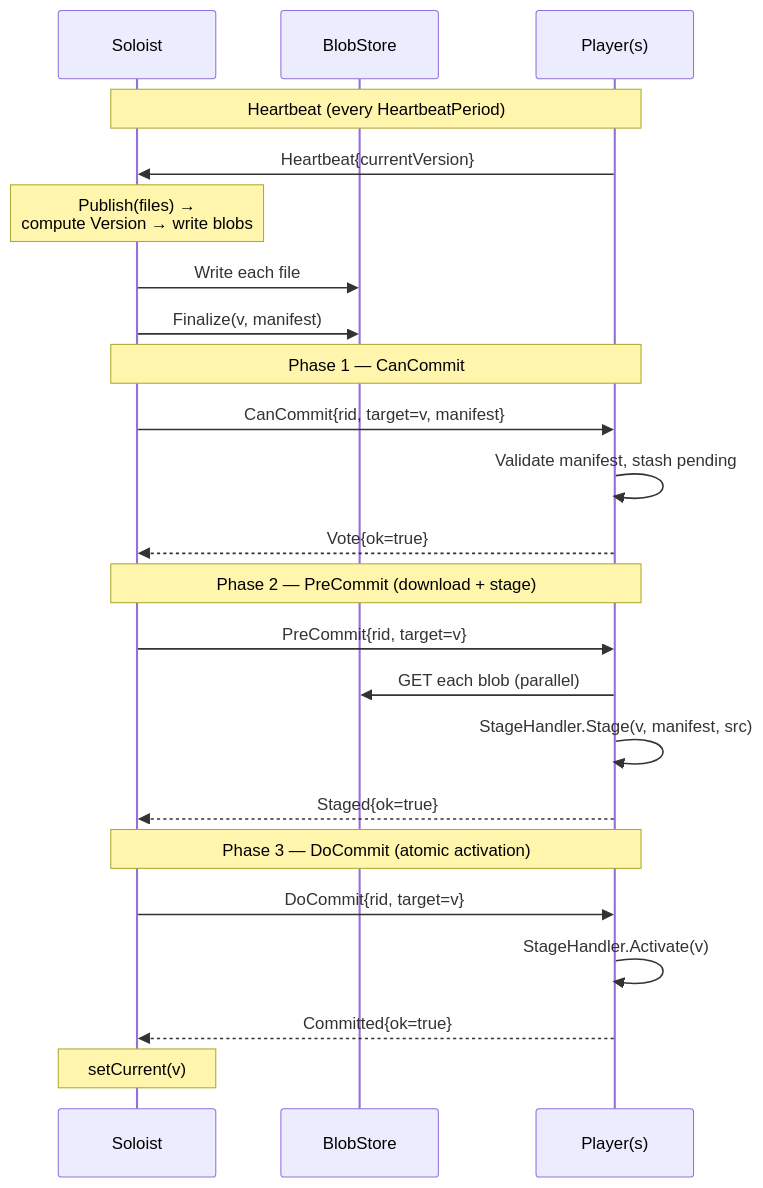
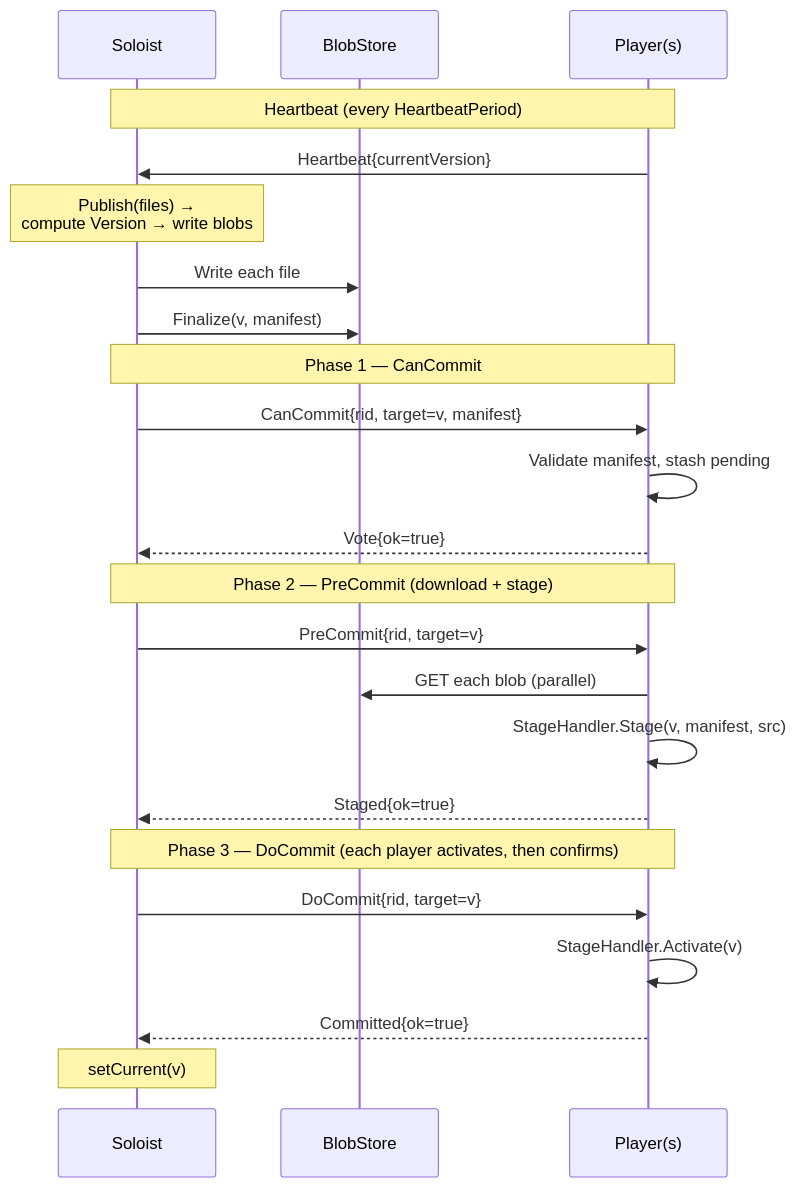
One commit to foomo/maestro changed the diagram in README.md. Above: the diagram before and after it, drawn with Mermaid. The commit also changed 3 other files, not shown here.

````diff
--- a/README.md
+++ b/README.md
@@ -52,25 +52,25 @@
 ```mermaid
 sequenceDiagram
   participant S as Soloist
   participant B as BlobStore
   participant P as Player(s)
   Note over P, S: Heartbeat (every HeartbeatPeriod)
   P ->> S: Heartbeat{currentVersion}
   Note over S: Publish(files) →<br/>compute Version → write blobs
   S ->> B: Write each file
   S ->> B: Finalize(v, manifest)
   Note over S, P: Phase 1 — CanCommit
   S ->> P: CanCommit{rid, target=v, manifest}
   P ->> P: Validate manifest, stash pending
   P -->> S: Vote{ok=true}
   Note over S, P: Phase 2 — PreCommit (download + stage)
   S ->> P: PreCommit{rid, target=v}
   P ->> B: GET each blob (parallel)
   P ->> P: StageHandler.Stage(v, manifest, src)
   P -->> S: Staged{ok=true}
-  Note over S, P: Phase 3 — DoCommit (atomic activation)
+  Note over S, P: Phase 3 — DoCommit (each player activates, then confirms)
   S ->> P: DoCommit{rid, target=v}
   P ->> P: StageHandler.Activate(v)
   P -->> S: Committed{ok=true}
   Note over S: setCurrent(v)
 ```
````
